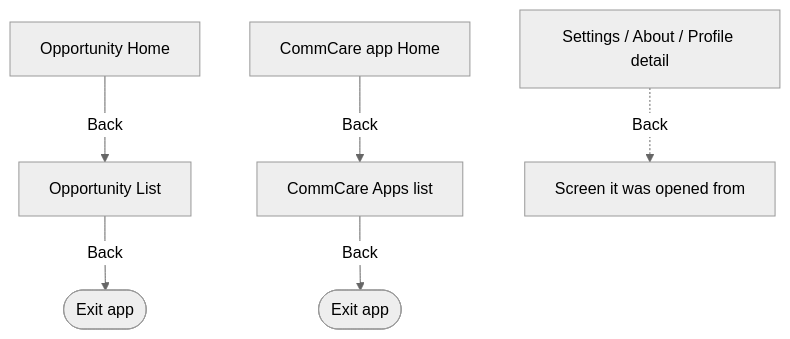
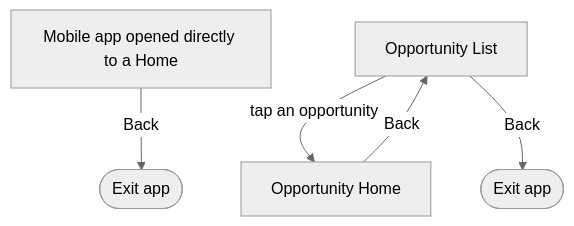
One commit to dimagi/commcare-android changed the third of 4 diagrams in docs/superpowers/specs/2026-07-23-app-navigation-changes-design.md. Above: the diagram before and after it, drawn with Mermaid (neutral theme). The commit also changed other lines of this file, not shown here.

First line of the commit message:
CCCT-2520 App Navigation Changes Spec

````diff
--- a/docs/superpowers/specs/2026-07-23-app-navigation-changes-design.md
+++ b/docs/superpowers/specs/2026-07-23-app-navigation-changes-design.md
@@ -26,8 +45,7 @@
 ```mermaid
 flowchart TD
-  OppHome[Opportunity Home] -->|Back| OppList[Opportunity List]
-  AppHome[CommCare app Home] -->|Back| AppsList[CommCare Apps list]
-  OppList -->|Back| ExitA([Exit app])
-  AppsList -->|Back| ExitB([Exit app])
-  Detail[Settings / About / Profile detail] -. Back .-> Opener[Screen it was opened from]
+    A[Mobile app opened directly to a Home] -->|Back| AExit([Exit app])
+    B[Opportunity List] -->|tap an opportunity| BHome[Opportunity Home]
+    BHome -->|Back| B
+    B -->|Back| BExit([Exit app])
 ```
````
